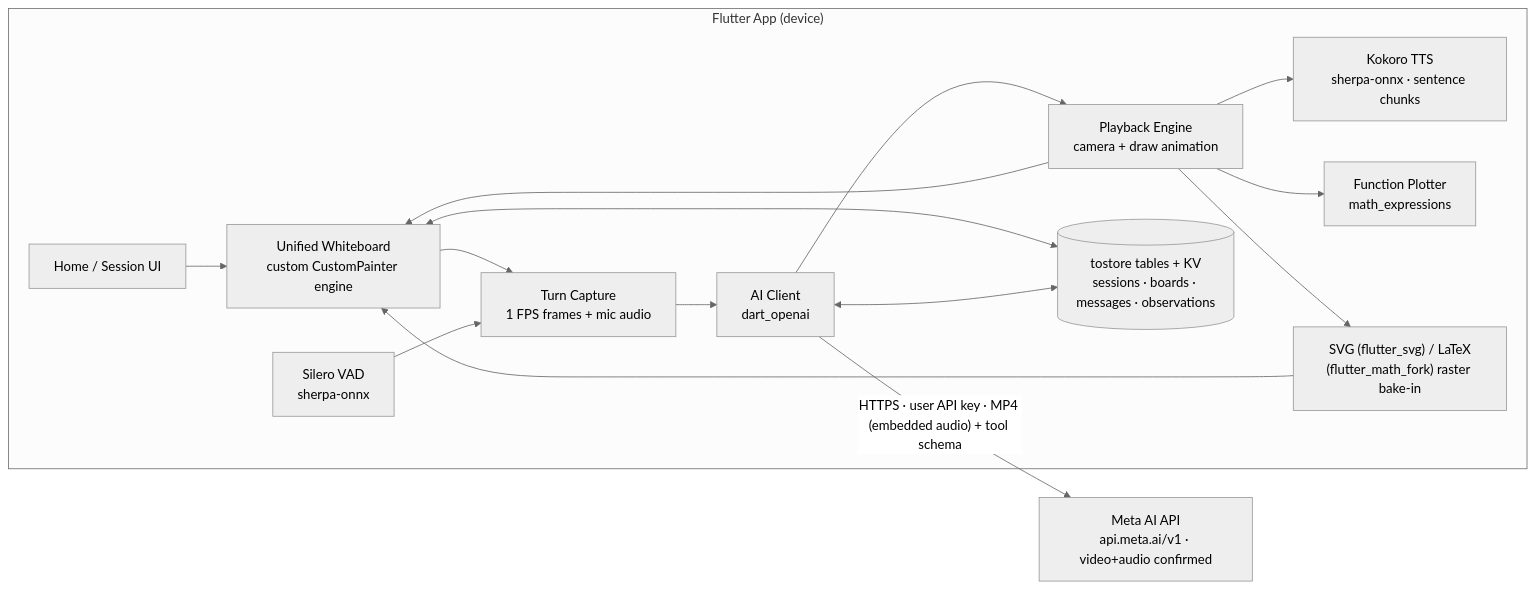
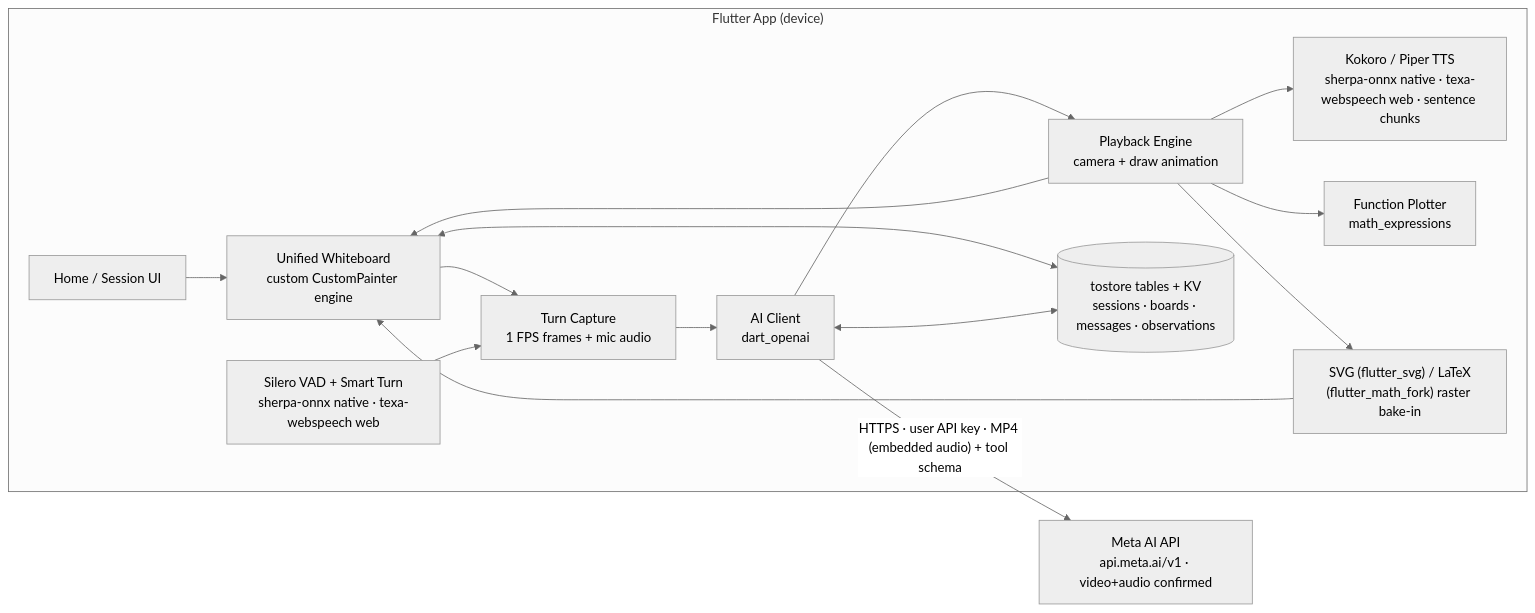
Before and after one commit to sitatec/texa: the first of 2 diagrams in docs/TECH_SPECS.md, drawn with Mermaid (neutral theme). The commit also changed other lines of this file and 2 other files, not shown here.

````diff
--- a/docs/TECH_SPECS.md
+++ b/docs/TECH_SPECS.md
@@ -22,28 +22,28 @@
 ```mermaid
 flowchart LR
   subgraph Device["Flutter App (device)"]
     UI["Home / Session UI"]
     Board["Unified Whiteboard<br/>custom CustomPainter engine"]
     Capture["Turn Capture<br/>1 FPS frames + mic audio"]
-    VAD["Silero VAD<br/>sherpa-onnx"]
+    VAD["Silero VAD + Smart Turn<br/>sherpa-onnx native · texa-webspeech web"]
     Playback["Playback Engine<br/>camera + draw animation"]
-    TTS["Kokoro TTS<br/>sherpa-onnx · sentence chunks"]
+    TTS["Kokoro / Piper TTS<br/>sherpa-onnx native · texa-webspeech web · sentence chunks"]
     Plot["Function Plotter<br/>math_expressions"]
     Render["SVG (flutter_svg) / LaTeX<br/>(flutter_math_fork) raster bake-in"]
     DB[("tostore tables + KV<br/>sessions · boards · messages · observations")]
     Client["AI Client<br/>dart_openai"]
     UI --> Board
     Board --> Capture
     VAD --> Capture
     Capture --> Client
     Client --> Playback
     Playback --> Board
     Playback --> TTS
     Playback --> Plot
     Playback --> Render
     Render --> Board
     Board <--> DB
     Client <--> DB
   end
   Client -- "HTTPS · user API key · MP4 (embedded audio) + tool schema" --> API["Meta AI API<br/>api.meta.ai/v1 · video+audio confirmed"]
 ```
````
